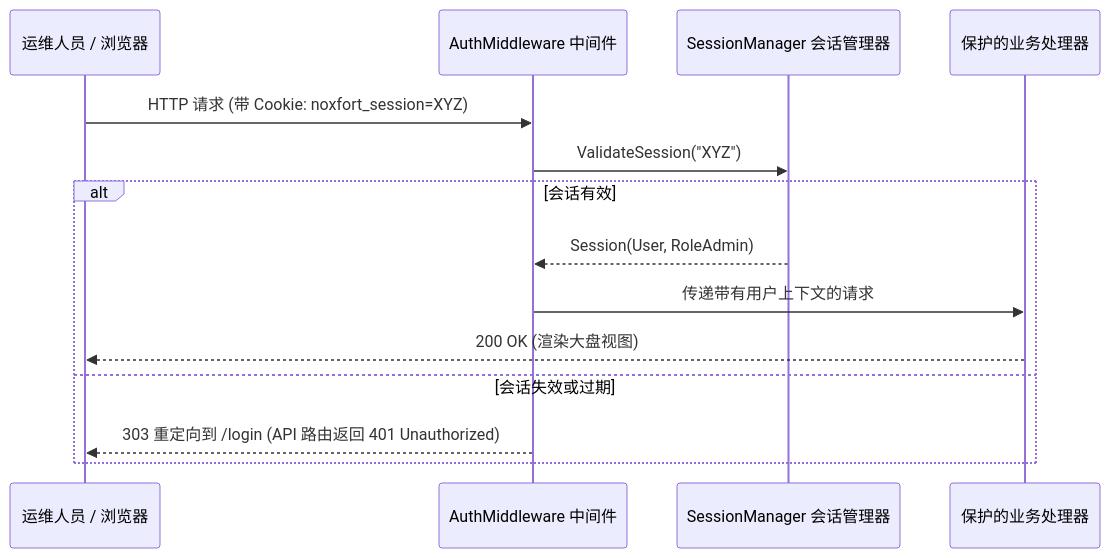
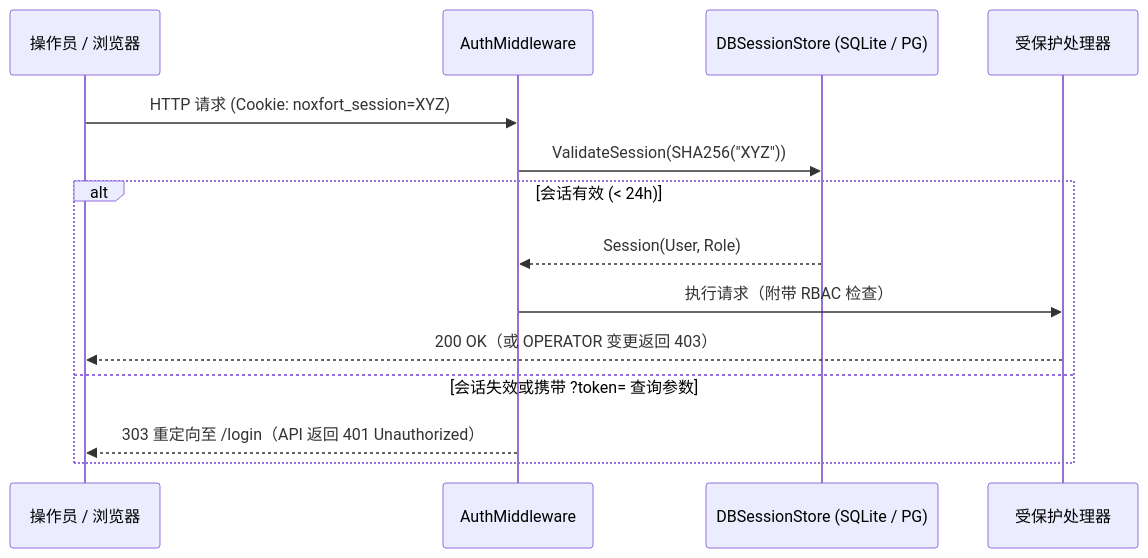
One commit to Noxfort-Systems-Brazil/MONITOR changed the diagram in docs/zh/security.md. Above: the diagram before and after it, drawn with Mermaid. The commit also changed other lines of this file and 186 other files, not shown here.

````diff
--- a/docs/zh/security.md
+++ b/docs/zh/security.md
@@ -50,17 +35,17 @@
 ```mermaid
 sequenceDiagram
-    participant User as 运维人员 / 浏览器
-    participant MW as AuthMiddleware 中间件
-    participant SM as SessionManager 会话管理器
-    participant App as 保护的业务处理器
+    participant User as 操作员 / 浏览器
+    participant MW as AuthMiddleware
+    participant SM as DBSessionStore (SQLite / PG)
+    participant App as 受保护处理器
 
-    User->>MW: HTTP 请求 (带 Cookie: noxfort_session=XYZ)
-    MW->>SM: ValidateSession("XYZ")
-    alt 会话有效
-        SM-->>MW: Session(User, RoleAdmin)
-        MW->>App: 传递带有用户上下文的请求
-        App-->>User: 200 OK (渲染大盘视图)
-    else 会话失效或过期
-        MW-->>User: 303 重定向到 /login (API 路由返回 401 Unauthorized)
+    User->>MW: HTTP 请求 (Cookie: noxfort_session=XYZ)
+    MW->>SM: ValidateSession(SHA256("XYZ"))
+    alt 会话有效 (< 24h)
+        SM-->>MW: Session(User, Role)
+        MW->>App: 执行请求（附带 RBAC 检查）
+        App-->>User: 200 OK（或 OPERATOR 变更返回 403）
+    else 会话失效或携带 ?token= 查询参数
+        MW-->>User: 303 重定向至 /login（API 返回 401 Unauthorized）
     end
 ```
````
